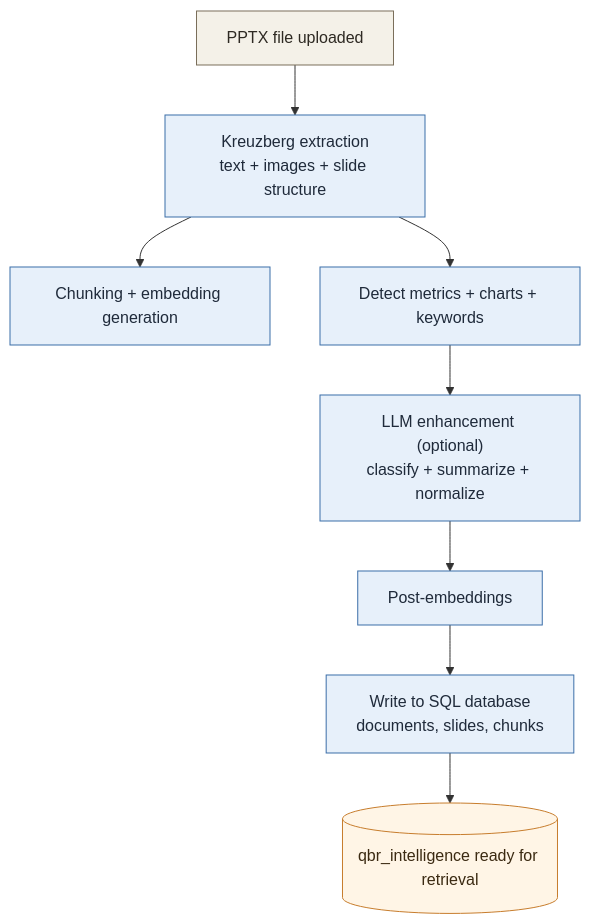
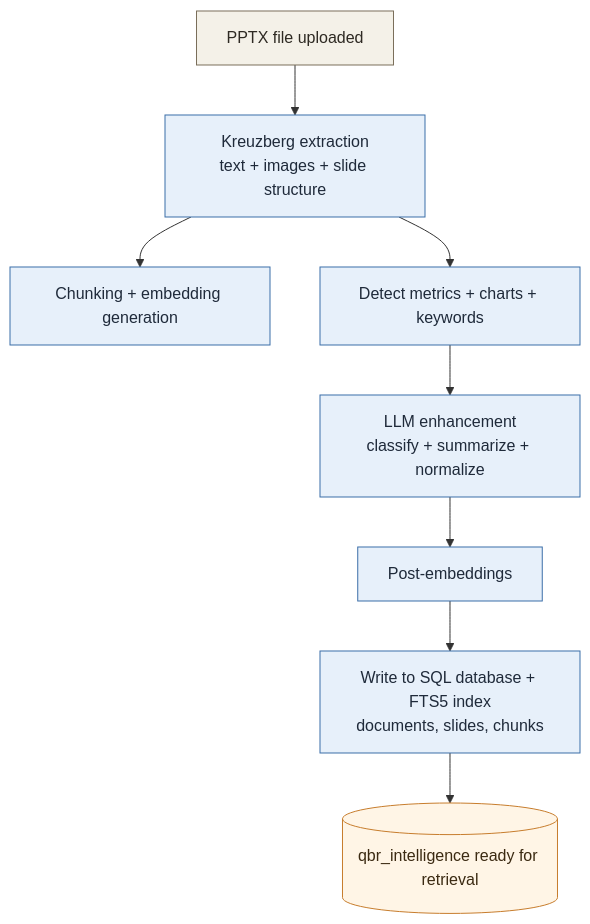
The second of 3 diagrams in docs/architecture_workflows.md (bjaimelgads/ai-agent-qbr), drawn with Mermaid before and after one commit. The commit also changed other lines of this file and 18 other files, not shown here.

````diff
--- a/docs/architecture_workflows.md
+++ b/docs/architecture_workflows.md
@@ -61,14 +64,14 @@
 ```mermaid
 flowchart TD
   classDef source fill:#F4F1E8,stroke:#7A6E5A,color:#2E2A23
   classDef process fill:#E7F0FA,stroke:#3B6EA8,color:#1F2A3A
   classDef store fill:#FFF5E6,stroke:#C77D2D,color:#3B2A12
 
   E1["PPTX file uploaded"]:::source --> E2["Kreuzberg extraction<br/>text + images + slide structure"]:::process
   E2 --> E3["Chunking + embedding generation"]:::process
   E2 --> E4["Detect metrics + charts + keywords"]:::process
-  E4 --> E5["LLM enhancement (optional)<br/>classify + summarize + normalize"]:::process
+  E4 --> E5["LLM enhancement<br/>classify + summarize + normalize"]:::process
   E5 --> E6["Post-embeddings"]:::process
-  E6 --> E7["Write to SQL database<br/>documents, slides, chunks"]:::process
+  E6 --> E7["Write to SQL database + FTS5 index<br/>documents, slides, chunks"]:::process
   E7 --> E8[("qbr_intelligence ready for retrieval")]:::store
 ```
````
